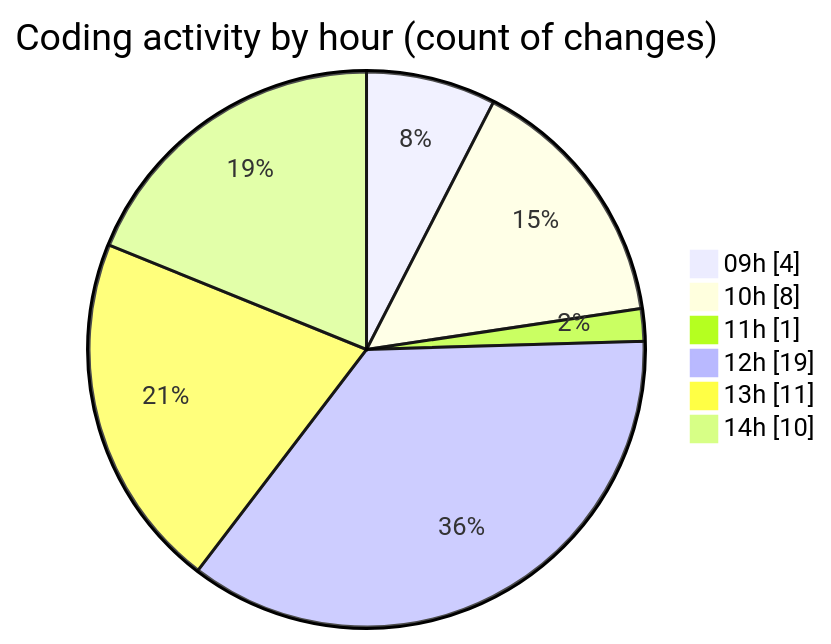
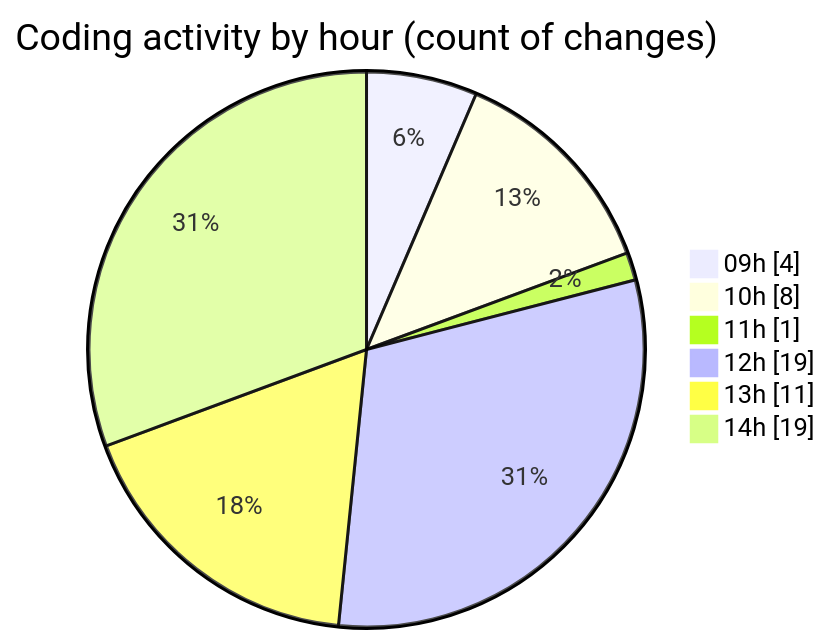
Before and after one commit to nxtqubesakshisongat/code-tracking: the second of 2 diagrams in 2026-02-18/nxtqube_webapp/README.md, drawn with Mermaid. The commit also changed other lines of this file and 1 other file, not shown here.

````diff
--- a/2026-02-18/nxtqube_webapp/README.md
+++ b/2026-02-18/nxtqube_webapp/README.md
@@ -36,10 +36,10 @@
 ```mermaid
 pie showData
 title Coding activity by hour (count of changes)
 "09h" : 4
 "10h" : 8
 "11h" : 1
 "12h" : 19
 "13h" : 11
-"14h" : 10
+"14h" : 19
 ```
````
